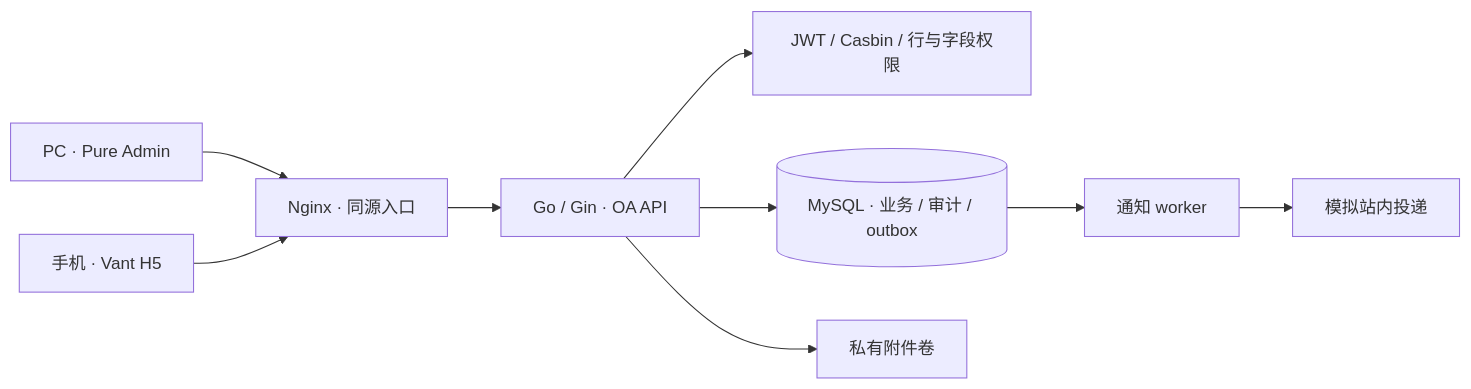
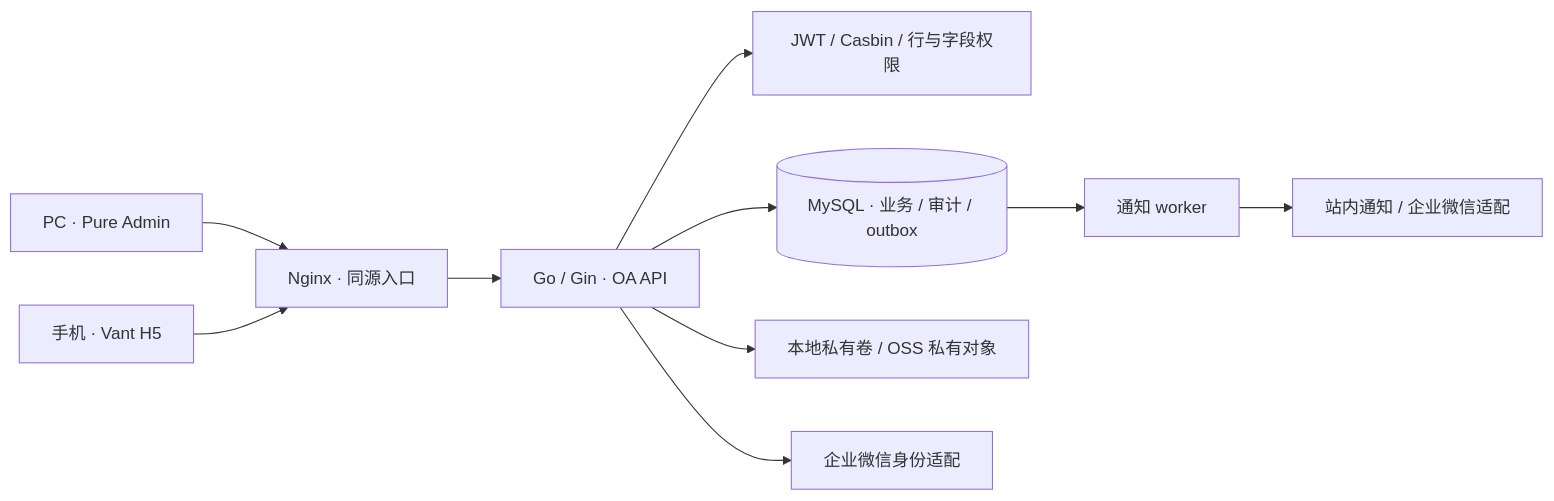
One commit to skyfrostz/HR_OA changed the diagram in README.md. Above: the diagram before and after it, drawn with Mermaid. The commit also changed other lines of this file and 148 other files, not shown here.

````diff
--- a/README.md
+++ b/README.md
@@ -49,11 +50,12 @@
 ```mermaid
 flowchart LR
     PC["PC · Pure Admin"] --> WEB["Nginx · 同源入口"]
     H5["手机 · Vant H5"] --> WEB
     WEB --> API["Go / Gin · OA API"]
     API --> AUTH["JWT / Casbin / 行与字段权限"]
     API --> DB[("MySQL · 业务 / 审计 / outbox")]
-    API --> FILES["私有附件卷"]
+    API --> FILES["本地私有卷 / OSS 私有对象"]
+    API --> SSO["企业微信身份适配"]
     DB --> WORKER["通知 worker"]
-    WORKER --> MOCK["模拟站内投递"]
+    WORKER --> MOCK["站内通知 / 企业微信适配"]
 ```
````
